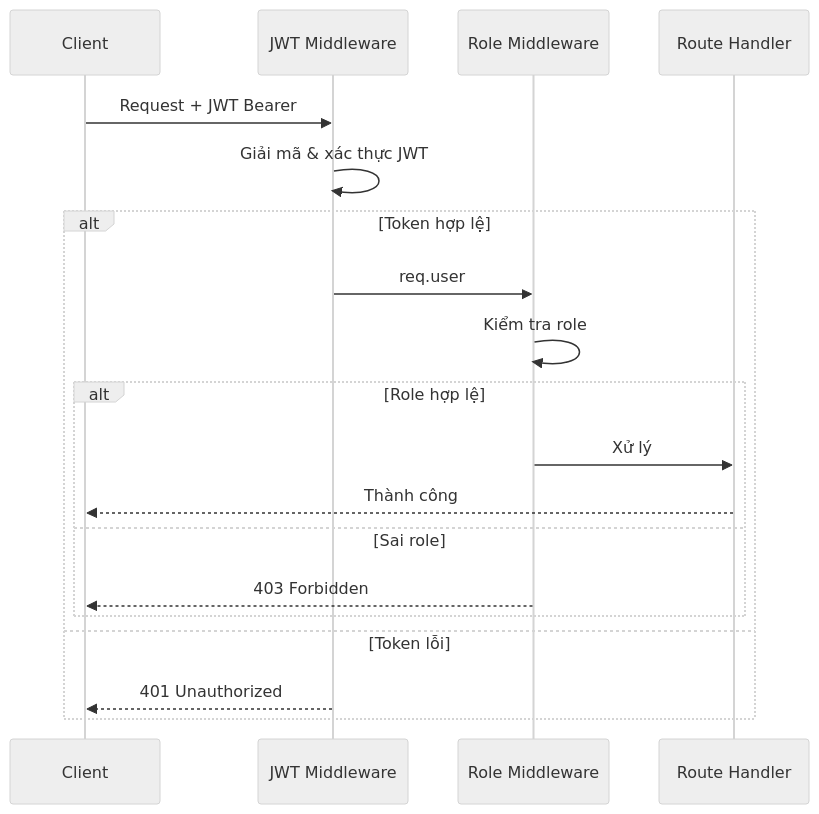
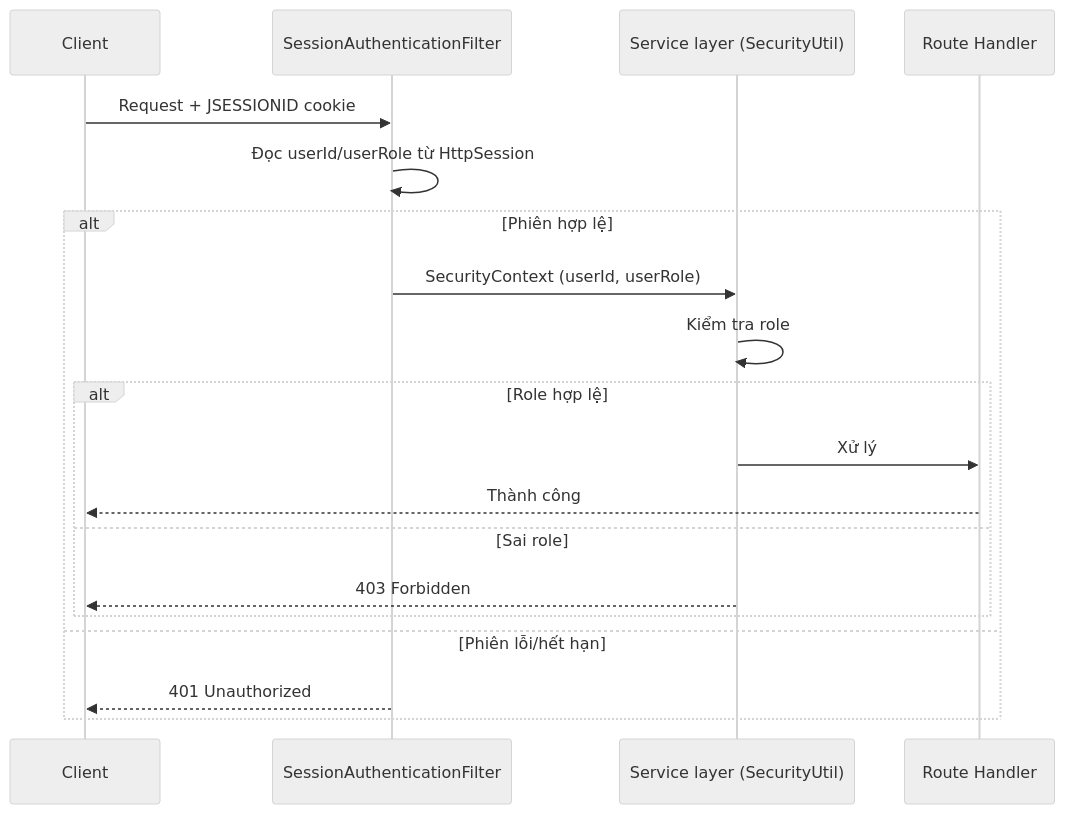
Before and after one commit to nghiaxh/hr-management: the seventh of 7 diagrams in docs/SRS.md, drawn with Mermaid (neutral theme). The commit also changed other lines of this file and 8 other files, not shown here.

````diff
--- a/docs/SRS.md
+++ b/docs/SRS.md
@@ -871,21 +882,21 @@
 ```mermaid
 sequenceDiagram
     participant C as Client
-    participant JWT as JWT Middleware
-    participant ROLE as Role Middleware
+    participant FILTER as SessionAuthenticationFilter
+    participant ROLE as Service layer (SecurityUtil)
     participant ROUTE as Route Handler
-    C->>JWT: Request + JWT Bearer
-    JWT->>JWT: Giải mã & xác thực JWT
-    alt Token hợp lệ
-        JWT->>ROLE: req.user
+    C->>FILTER: Request + JSESSIONID cookie
+    FILTER->>FILTER: Đọc userId/userRole từ HttpSession
+    alt Phiên hợp lệ
+        FILTER->>ROLE: SecurityContext (userId, userRole)
         ROLE->>ROLE: Kiểm tra role
         alt Role hợp lệ
             ROLE->>ROUTE: Xử lý
             ROUTE-->>C: Thành công
         else Sai role
             ROLE-->>C: 403 Forbidden
         end
-    else Token lỗi
-        JWT-->>C: 401 Unauthorized
+    else Phiên lỗi/hết hạn
+        FILTER-->>C: 401 Unauthorized
     end
 ```
````
